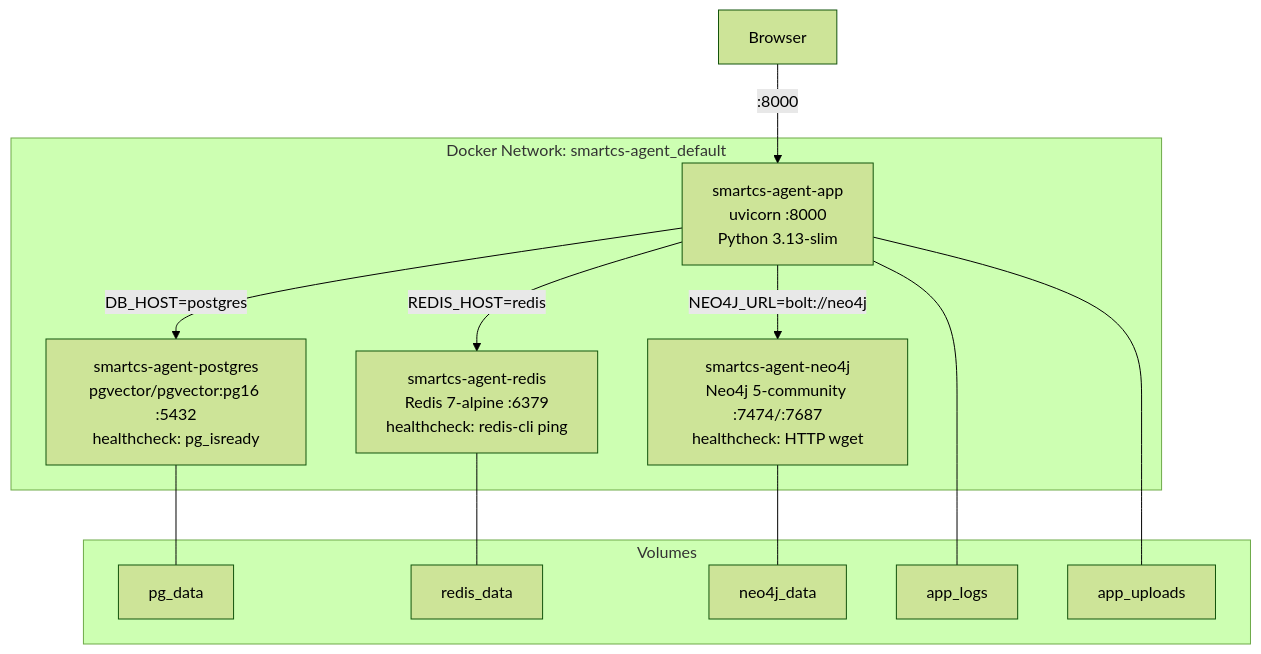
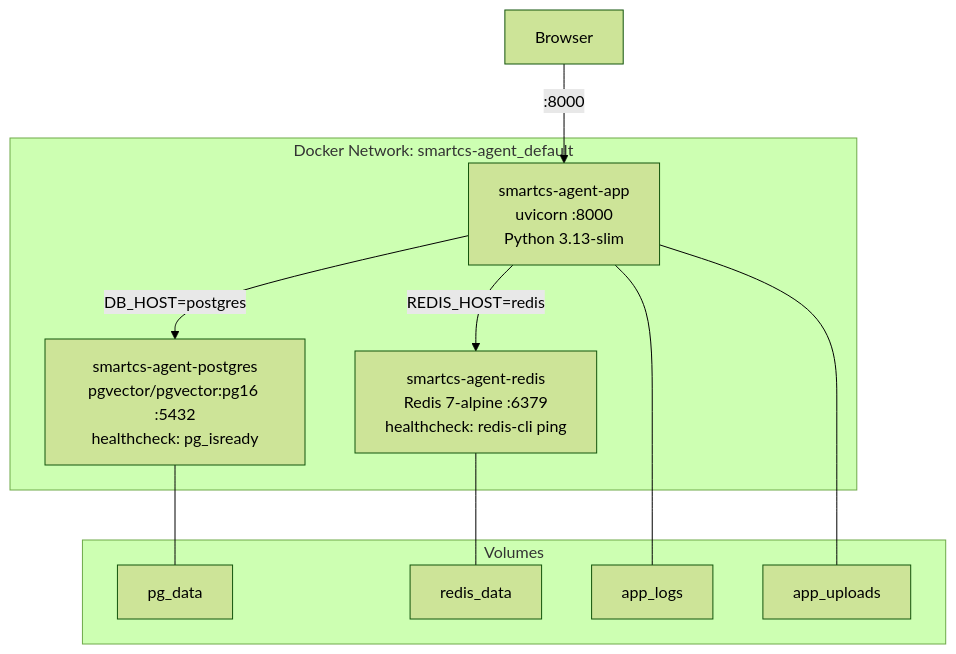
One commit to blowt16/SmartCS-Agent changed the ninth of 10 diagrams in docs/PROJECT_ANALYSIS.md. Above: the diagram before and after it, drawn with Mermaid (forest theme). The commit also changed other lines of this file and 85 other files, not shown here.

````diff
--- a/docs/PROJECT_ANALYSIS.md
+++ b/docs/PROJECT_ANALYSIS.md
@@ -947,27 +860,23 @@
 ```mermaid
 graph TB
     subgraph "Docker Network: smartcs-agent_default"
         APP["smartcs-agent-app<br/>uvicorn :8000<br/>Python 3.13-slim"]
         PG["smartcs-agent-postgres<br/>pgvector/pgvector:pg16 :5432<br/>healthcheck: pg_isready"]
         REDIS["smartcs-agent-redis<br/>Redis 7-alpine :6379<br/>healthcheck: redis-cli ping"]
-        NEO4J["smartcs-agent-neo4j<br/>Neo4j 5-community :7474/:7687<br/>healthcheck: HTTP wget"]
     end
 
     subgraph "Volumes"
         V1["pg_data"]
         V2["redis_data"]
-        V3["neo4j_data"]
         V4["app_logs"]
         V5["app_uploads"]
     end
 
     Browser -->|":8000"| APP
     APP -->|"DB_HOST=postgres"| PG
     APP -->|"REDIS_HOST=redis"| REDIS
-    APP -->|"NEO4J_URL=bolt://neo4j"| NEO4J
     PG --- V1
     REDIS --- V2
-    NEO4J --- V3
     APP --- V4
     APP --- V5
 ```
````
